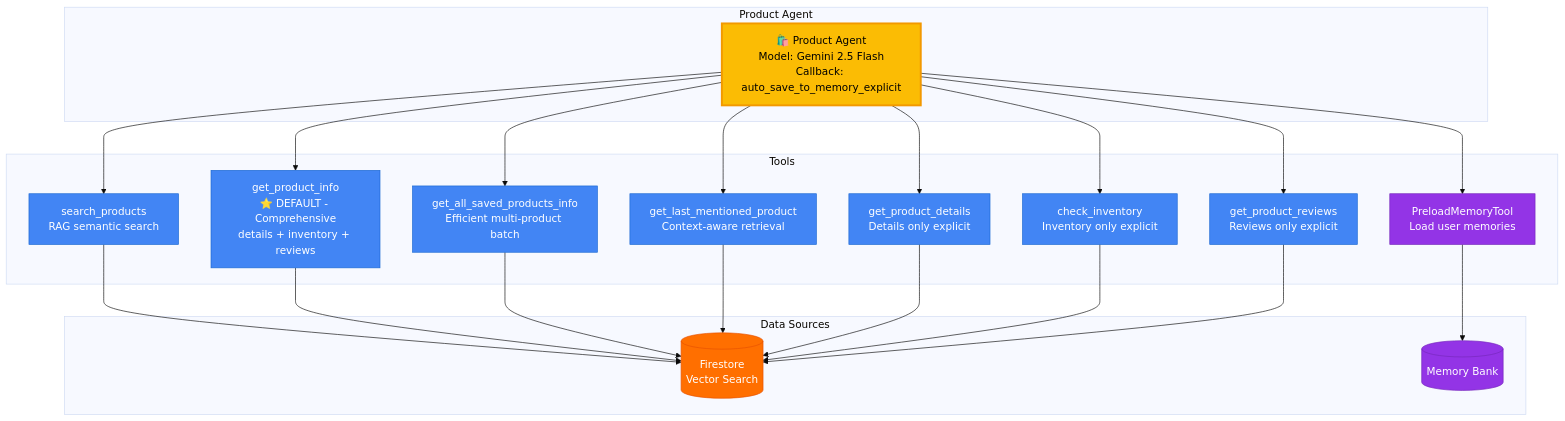
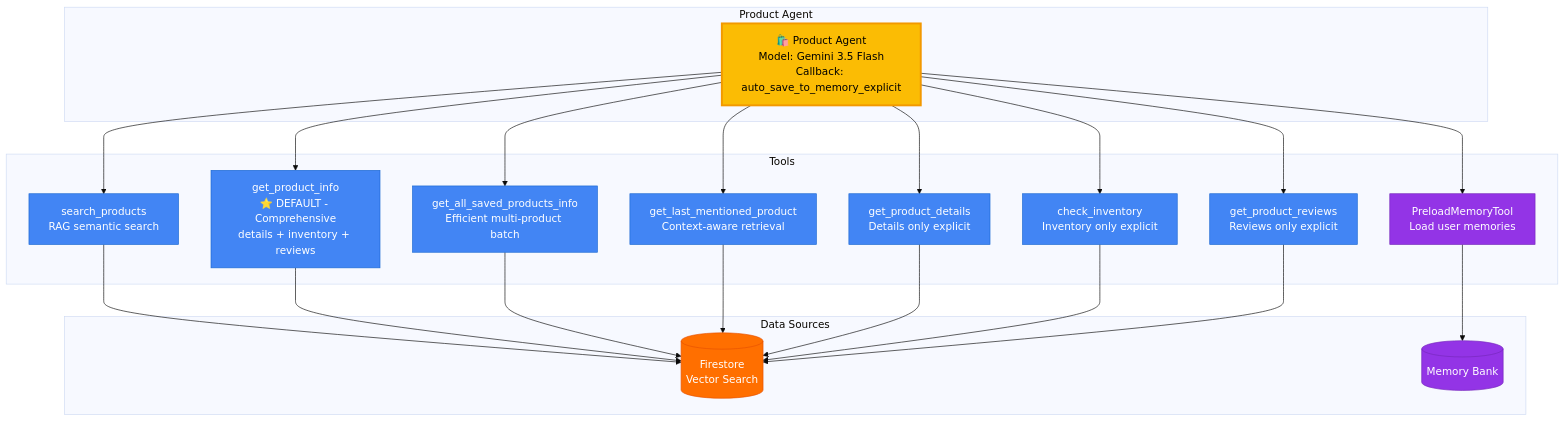
Before and after one commit to Saoussen-CH/adk-multiagent-production-template: the diagram in docs/diagrams/product-agent.mmd, drawn with Mermaid (base theme). The commit also changed 10 other files, not shown here.

First line of the commit message:
docs: update stale Gemini 2.5 Pro/Flash references to 3.5 Flash

```diff
--- a/docs/diagrams/product-agent.mmd
+++ b/docs/diagrams/product-agent.mmd
@@ -1,53 +1,53 @@
 %% Product Agent Architecture
 %% Google Cloud Platform Style
 
 graph TB
     subgraph "Product Agent"
-        Agent[🛍️ Product Agent<br/>Model: Gemini 2.5 Flash<br/>Callback: auto_save_to_memory_explicit]
+        Agent[🛍️ Product Agent<br/>Model: Gemini 3.5 Flash<br/>Callback: auto_save_to_memory_explicit]
     end
 
     subgraph "Tools"
         T1[PreloadMemoryTool<br/>Load user memories]
         T2[search_products<br/>RAG semantic search]
         T3[get_product_info<br/>⭐ DEFAULT - Comprehensive<br/>details + inventory + reviews]
         T4[get_all_saved_products_info<br/>Efficient multi-product batch]
         T5[get_last_mentioned_product<br/>Context-aware retrieval]
         T6[get_product_details<br/>Details only explicit]
         T7[check_inventory<br/>Inventory only explicit]
         T8[get_product_reviews<br/>Reviews only explicit]
     end
 
     subgraph "Data Sources"
         Firestore[(Firestore<br/>Vector Search)]
         Memory[(Memory Bank)]
     end
 
     Agent --> T1
     Agent --> T2
     Agent --> T3
     Agent --> T4
     Agent --> T5
     Agent --> T6
     Agent --> T7
     Agent --> T8
 
     T1 --> Memory
     T2 --> Firestore
     T3 --> Firestore
     T4 --> Firestore
     T5 --> Firestore
     T6 --> Firestore
     T7 --> Firestore
     T8 --> Firestore
 
     style Agent fill:#FBBC04,stroke:#F29900,color:#000,stroke-width:3px
     style T1 fill:#9334E6,stroke:#7627BB,color:#fff
     style T2 fill:#4285F4,stroke:#1967D2,color:#fff
     style T3 fill:#4285F4,stroke:#1967D2,color:#fff
     style T4 fill:#4285F4,stroke:#1967D2,color:#fff
     style T5 fill:#4285F4,stroke:#1967D2,color:#fff
     style T6 fill:#4285F4,stroke:#1967D2,color:#fff
     style T7 fill:#4285F4,stroke:#1967D2,color:#fff
     style T8 fill:#4285F4,stroke:#1967D2,color:#fff
     style Firestore fill:#FF6F00,stroke:#E65100,color:#fff
     style Memory fill:#9334E6,stroke:#7627BB,color:#fff
```
